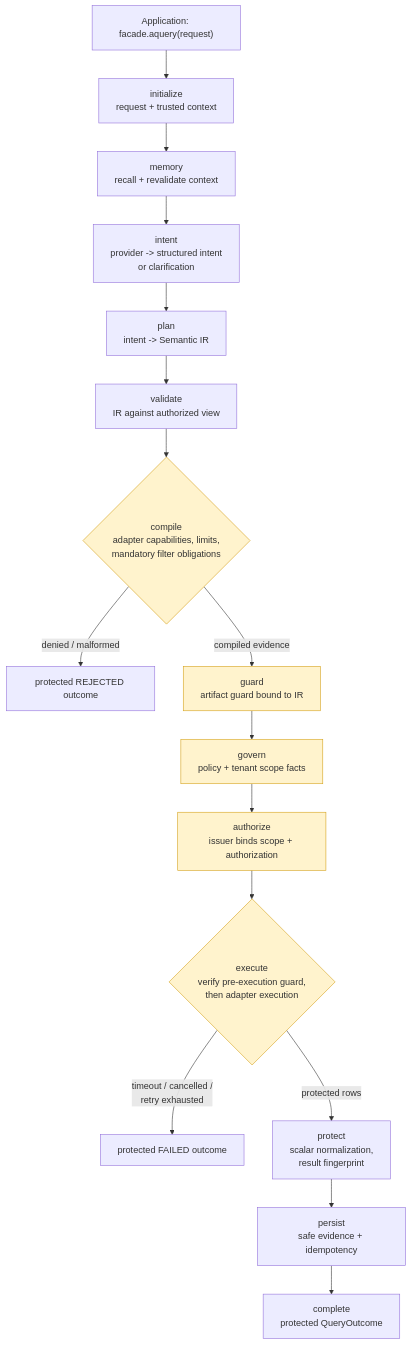
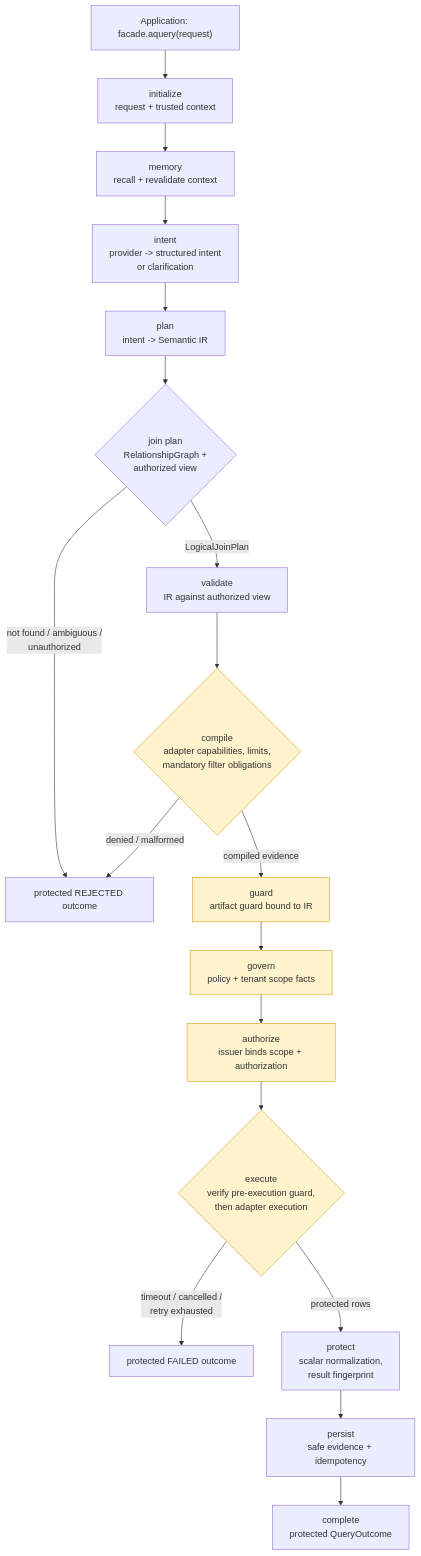
One commit to emmansun/nl2data-core changed the diagram in docs/architecture/execution-flow.md. Above: the diagram before and after it, drawn with Mermaid. The commit also changed other lines of this file and 43 other files, not shown here.

````diff
--- a/docs/architecture/execution-flow.md
+++ b/docs/architecture/execution-flow.md
@@ -12,21 +12,23 @@
 ```mermaid
 flowchart TD
     A["Application: facade.aquery(request)"] --> B["initialize<br/>request + trusted context"]
     B --> C["memory<br/>recall + revalidate context"]
     C --> D["intent<br/>provider -> structured intent<br/>or clarification"]
     D --> E["plan<br/>intent -> Semantic IR"]
-    E --> F["validate<br/>IR against authorized view"]
+    E --> E2{"join plan<br/>RelationshipGraph +<br/>authorized view"}
+    E2 -- "not found / ambiguous /<br/>unauthorized" --> X
+    E2 -- "LogicalJoinPlan" --> F["validate<br/>IR against authorized view"]
     F --> G{"compile<br/>adapter capabilities, limits,<br/>mandatory filter obligations"}
     G -- "denied / malformed" --> X["protected REJECTED outcome"]
     G -- "compiled evidence" --> H["guard<br/>artifact guard bound to IR"]
     H --> I["govern<br/>policy + tenant scope facts"]
     I --> J["authorize<br/>issuer binds scope + authorization"]
     J --> K{"execute<br/>verify pre-execution guard,<br/>then adapter execution"}
     K -- "timeout / cancelled /<br/>retry exhausted" --> Y["protected FAILED outcome"]
     K -- "protected rows" --> L["protect<br/>scalar normalization,<br/>result fingerprint"]
     L --> M["persist<br/>safe evidence + idempotency"]
     M --> N["complete<br/>protected QueryOutcome"]
 
     classDef gate fill:#fff3cd,stroke:#d4a017
     class G,H,I,J,K gate
 ```
````
